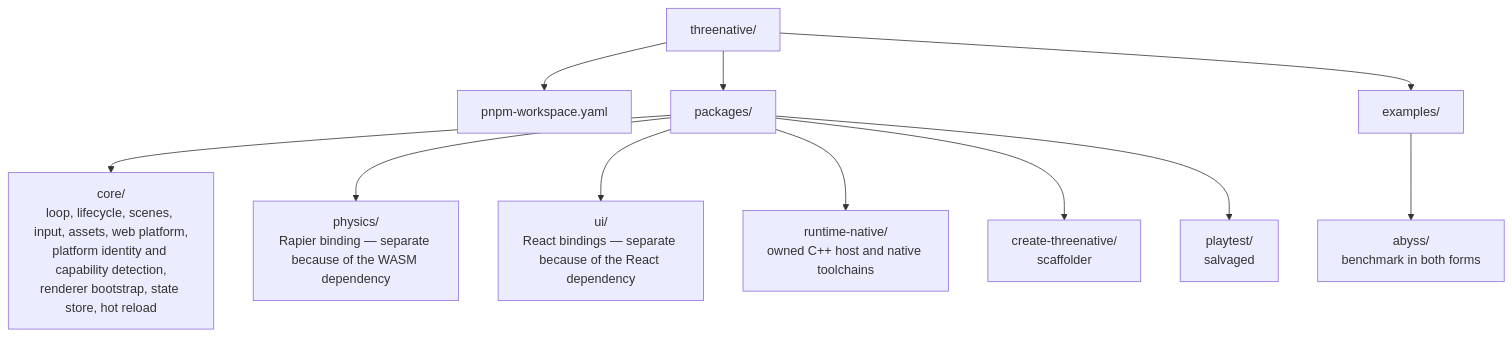
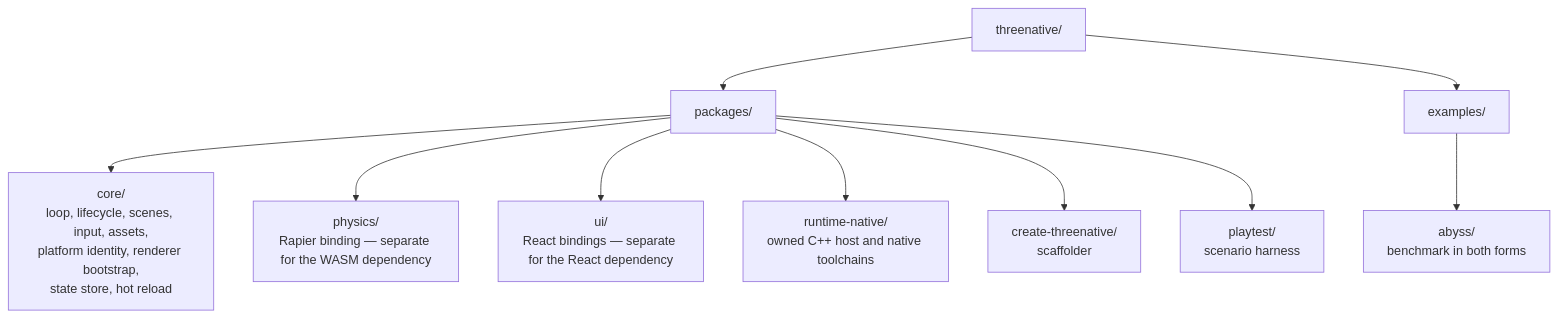
The second of 3 diagrams in docs/architecture/CHARTER.md (ThreeNativeHQ/threenative), drawn with Mermaid before and after one commit. The commit also changed other lines of this file and 36 other files, not shown here.

````diff
--- a/docs/architecture/CHARTER.md
+++ b/docs/architecture/CHARTER.md
@@ -648,24 +477,22 @@
 ```mermaid
 flowchart TD
     repo["threenative/"]
-    workspace["pnpm-workspace.yaml"]
     packages["packages/"]
-    core["core/<br/>loop, lifecycle, scenes, input, assets, web platform,<br/>platform identity and capability detection,<br/>renderer bootstrap, state store, hot reload"]
-    physics["physics/<br/>Rapier binding — separate because of the WASM dependency"]
-    ui["ui/<br/>React bindings — separate because of the React dependency"]
+    core["core/<br/>loop, lifecycle, scenes, input, assets,<br/>platform identity, renderer bootstrap,<br/>state store, hot reload"]
+    physics["physics/<br/>Rapier binding — separate for the WASM dependency"]
+    ui["ui/<br/>React bindings — separate for the React dependency"]
     native["runtime-native/<br/>owned C++ host and native toolchains"]
     create["create-threenative/<br/>scaffolder"]
-    playtest["playtest/<br/>salvaged"]
+    playtest["playtest/<br/>scenario harness"]
     examples["examples/"]
     abyss["abyss/<br/>benchmark in both forms"]
 
-    repo --> workspace
     repo --> packages
     packages --> core
     packages --> physics
     packages --> ui
     packages --> native
     packages --> create
     packages --> playtest
     repo --> examples --> abyss
 ```
````
